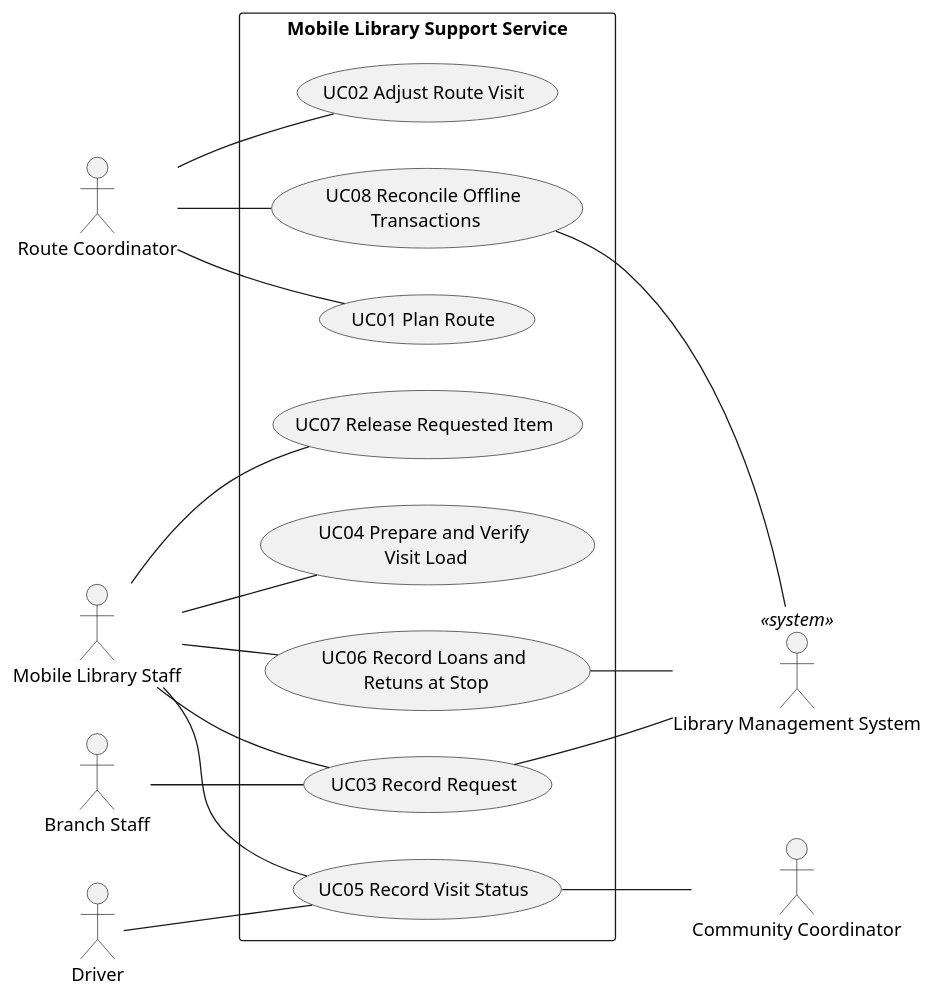
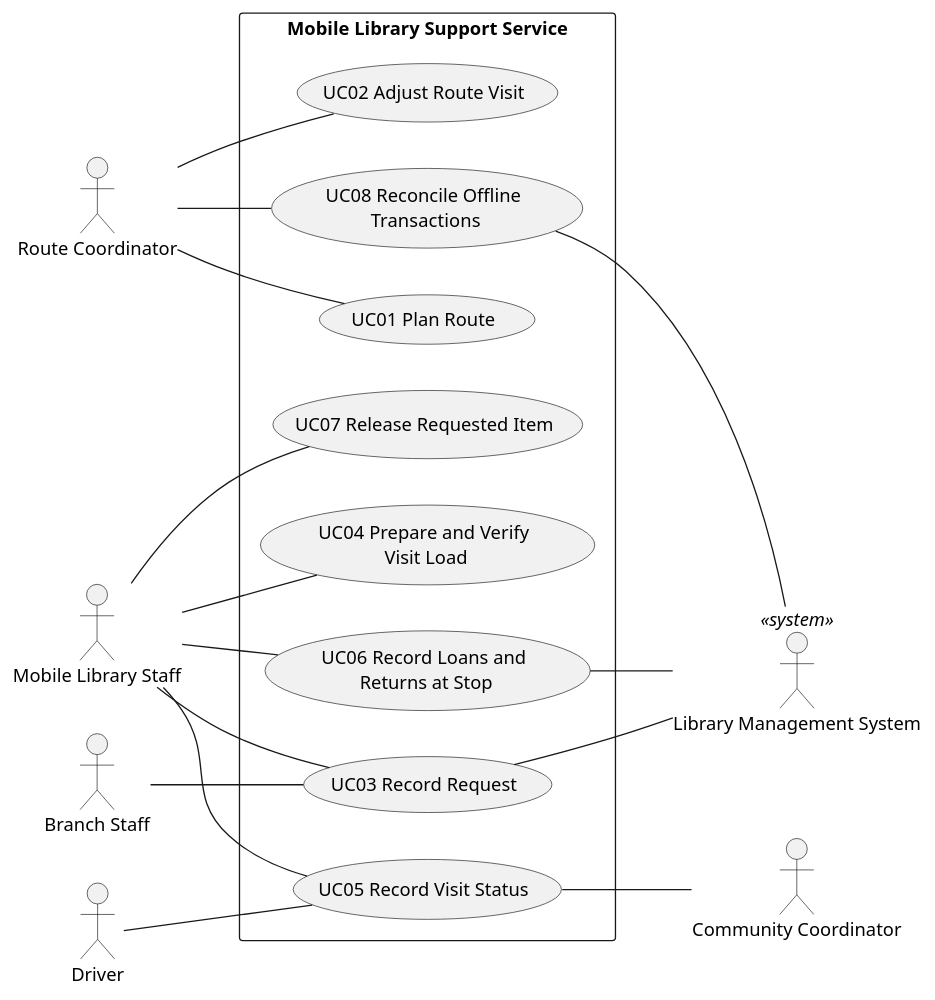
Before and after one commit to EoinMannix/OOAD-ca1-analysis: the diagram in diagrams/use-case-model.puml, drawn with PlantUML. The commit also changed 10 other files, not shown here.

```diff
--- a/diagrams/use-case-model.puml
+++ b/diagrams/use-case-model.puml
@@ -1,40 +1,40 @@
 @startuml
 
 left to right direction
 actor "Route Coordinator" as RC
 actor "Mobile Library Staff" as MS 
 actor "Driver" as DR 
 actor "Branch Staff" as BS 
 actor "Community Coordinator" as CC 
 actor "Library Management System" as LMS <<system>>
 
 rectangle "Mobile Library Support Service" {
 
     usecase "UC01 Plan Route" as UC01
     usecase "UC02 Adjust Route Visit" as UC02
     usecase "UC03 Record Request" as UC03
     usecase "UC04 Prepare and Verify\n Visit Load" as UC04
     usecase "UC05 Record Visit Status" as UC05
-    usecase "UC06 Record Loans and\n Retuns at Stop" as UC06
+    usecase "UC06 Record Loans and\n Returns at Stop" as UC06
     usecase "UC07 Release Requested Item" as UC07
     usecase "UC08 Reconcile Offline\n Transactions" as UC08
 
 }
 
 RC -- UC01
 RC -- UC02
 RC -- UC08
 BS -- UC03
 MS -- UC03
 MS -- UC04
 MS -- UC05
 DR -- UC05
 MS -- UC06
 MS -- UC07
 UC05 -- CC
 UC03 -- LMS
 UC06 -- LMS
 UC08 -- LMS
 
 
 @enduml
```
